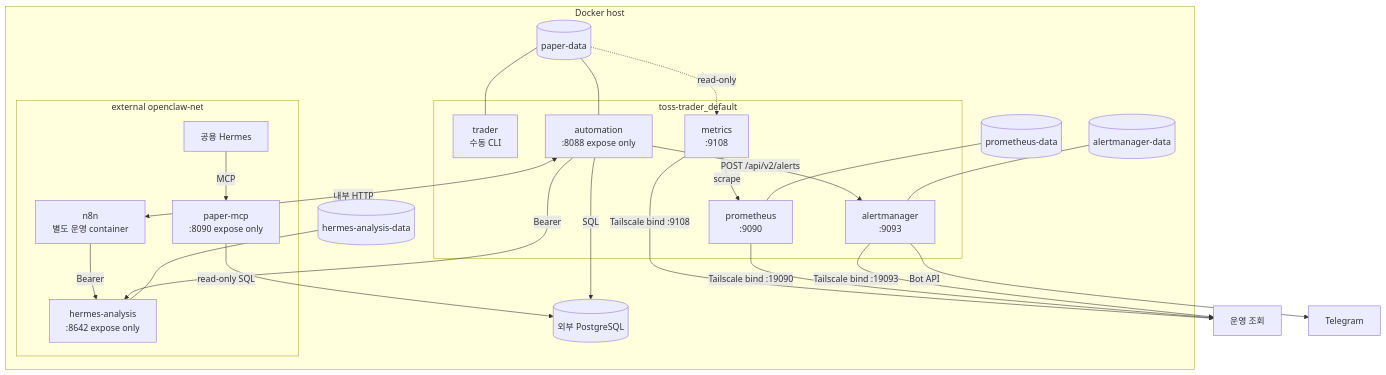
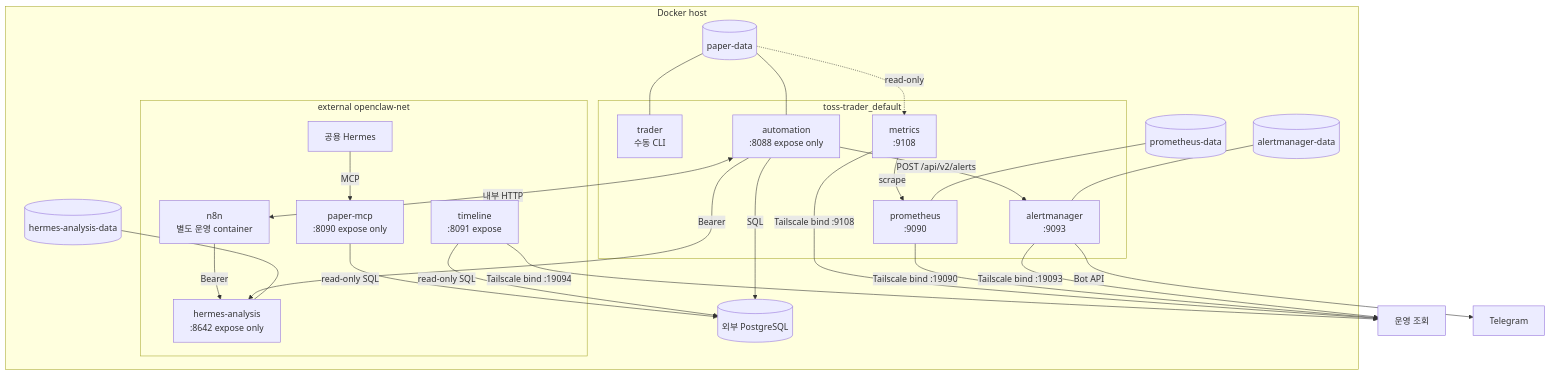
The second of 12 diagrams in docs/system-workflow.md (hunchulchoi/toss-trader), drawn with Mermaid before and after one commit. The commit also changed other lines of this file and 8 other files, not shown here.

First line of the commit message:
fix(timeline): reload paper ledger every 30s

````diff
--- a/docs/system-workflow.md
+++ b/docs/system-workflow.md
@@ -50,40 +54,43 @@
 ```mermaid
 flowchart TB
     subgraph HOST[Docker host]
         subgraph DEFAULT[toss-trader_default]
             TRADER[trader\n수동 CLI]
             AUTO[automation\n:8088 expose only]
             METRICS[metrics\n:9108]
             PROM[prometheus\n:9090]
             ALERT[alertmanager\n:9093]
             AUTO -->|POST /api/v2/alerts| ALERT
             METRICS -->|scrape| PROM
         end
 
         subgraph OPENCLAW[external openclaw-net]
             N8N[n8n\n별도 운영 container]
             HERMES[hermes-analysis\n:8642 expose only]
             PAPERMCP[paper-mcp\n:8090 expose only]
+            TIMELINE[timeline\n:8091 expose]
             PUBHERMES[공용 Hermes]
         end
 
         AUTO <-->|내부 HTTP| N8N
         N8N -->|Bearer| HERMES
         AUTO -->|Bearer| HERMES
         PUBHERMES -->|MCP| PAPERMCP
         PAPERMCP -->|read-only SQL| PG
+        TIMELINE -->|read-only SQL| PG
 
         PAPER[(paper-data)] --- TRADER
         PAPER --- AUTO
         PAPER -. read-only .-> METRICS
         HDATA[(hermes-analysis-data)] --- HERMES
         PDATA[(prometheus-data)] --- PROM
         ADATA[(alertmanager-data)] --- ALERT
     end
 
     METRICS -->|Tailscale bind :9108| OPS[운영 조회]
     PROM -->|Tailscale bind :19090| OPS
     ALERT -->|Tailscale bind :19093| OPS
+    TIMELINE -->|Tailscale bind :19094| OPS
     AUTO -->|SQL| PG[(외부 PostgreSQL)]
     ALERT -->|Bot API| TG[Telegram]
 ```
````
